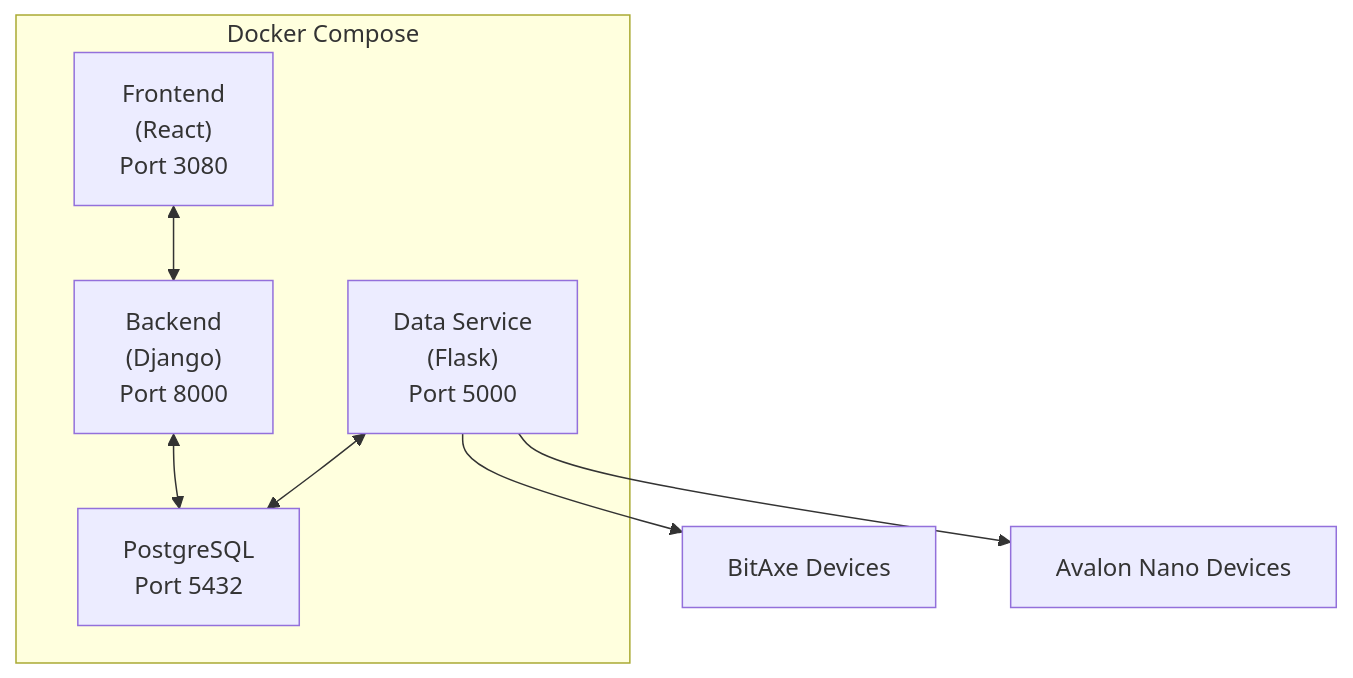
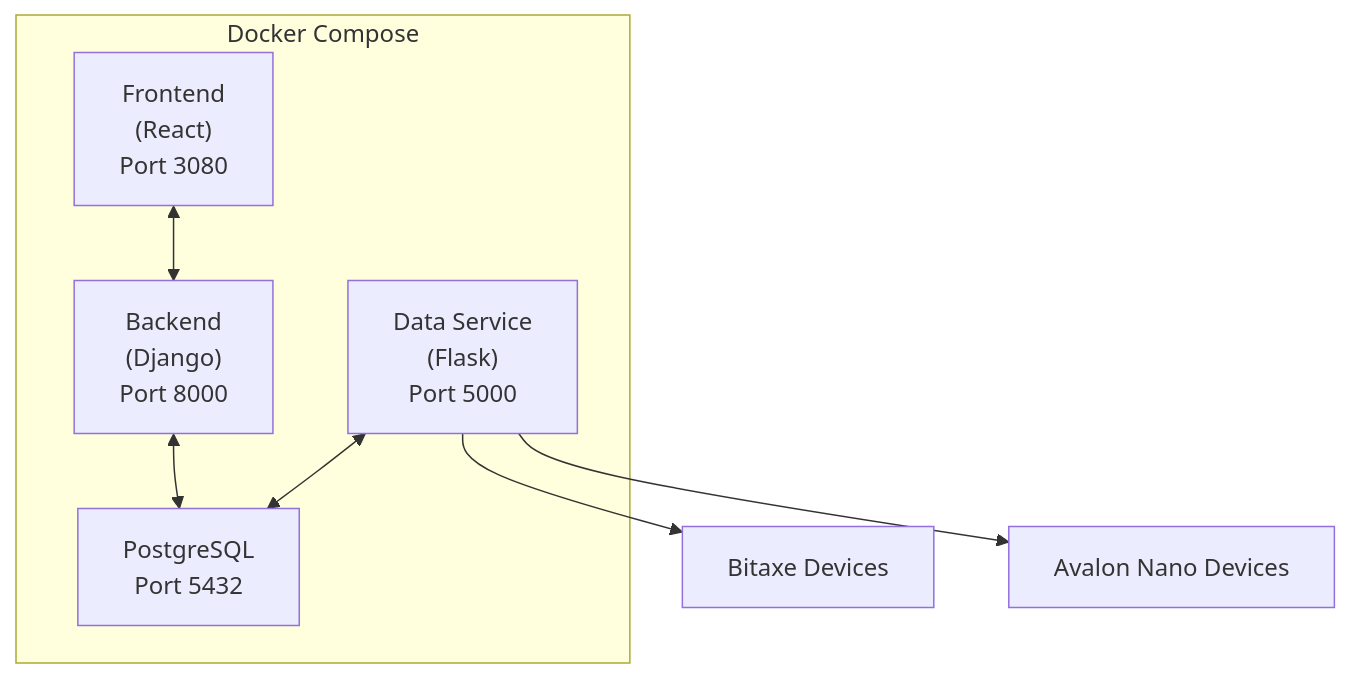
One commit to dcbert/miner-sentinel changed the diagram in README.md. Above: the diagram before and after it, drawn with Mermaid. The commit also changed other lines of this file, not shown here.

Commit message:
update readme Bitaxe case fix

````diff
--- a/README.md
+++ b/README.md
@@ -129,15 +129,15 @@
 ```mermaid
 graph TB
     subgraph Docker["Docker Compose"]
         FE["Frontend<br/>(React)<br/>Port 3080"]
         BE["Backend<br/>(Django)<br/>Port 8000"]
         DS["Data Service<br/>(Flask)<br/>Port 5000"]
         DB["PostgreSQL<br/>Port 5432"]
     end
 
     FE <--> BE
     BE <--> DB
     DS <--> DB
-    DS --> BitAxe["BitAxe Devices"]
+    DS --> Bitaxe["Bitaxe Devices"]
     DS --> Avalon["Avalon Nano Devices"]
 ```
````
